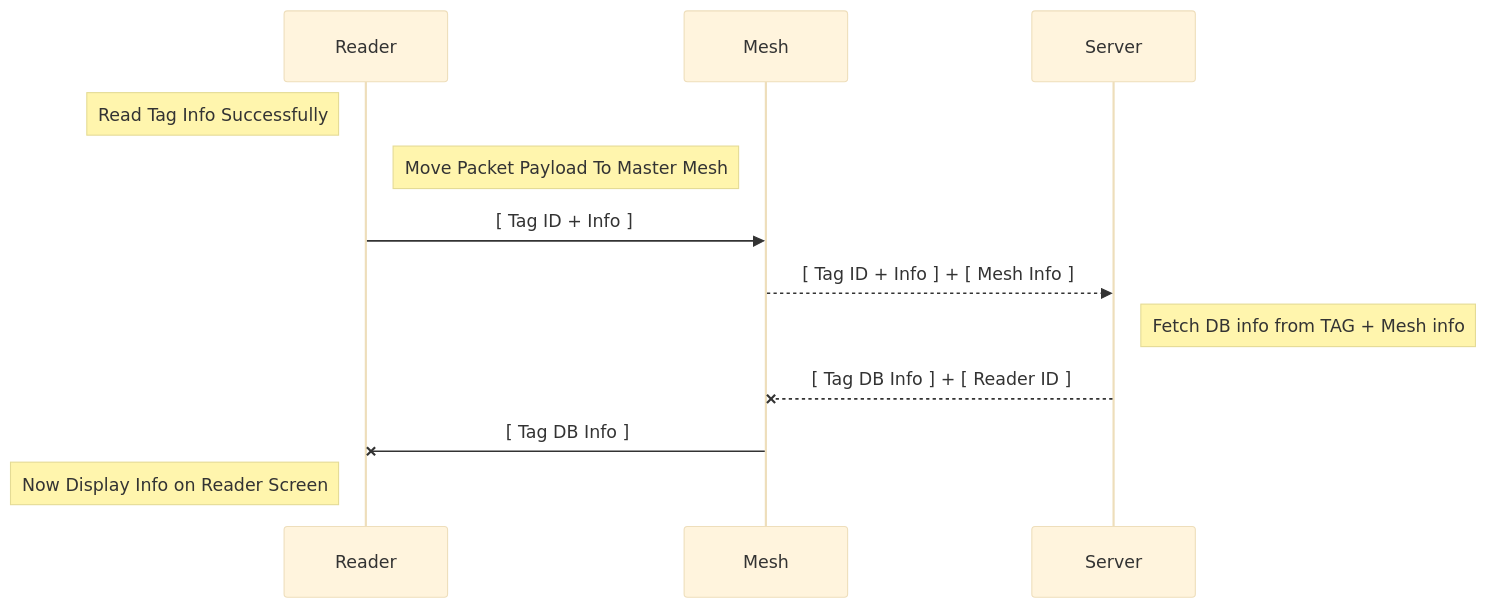
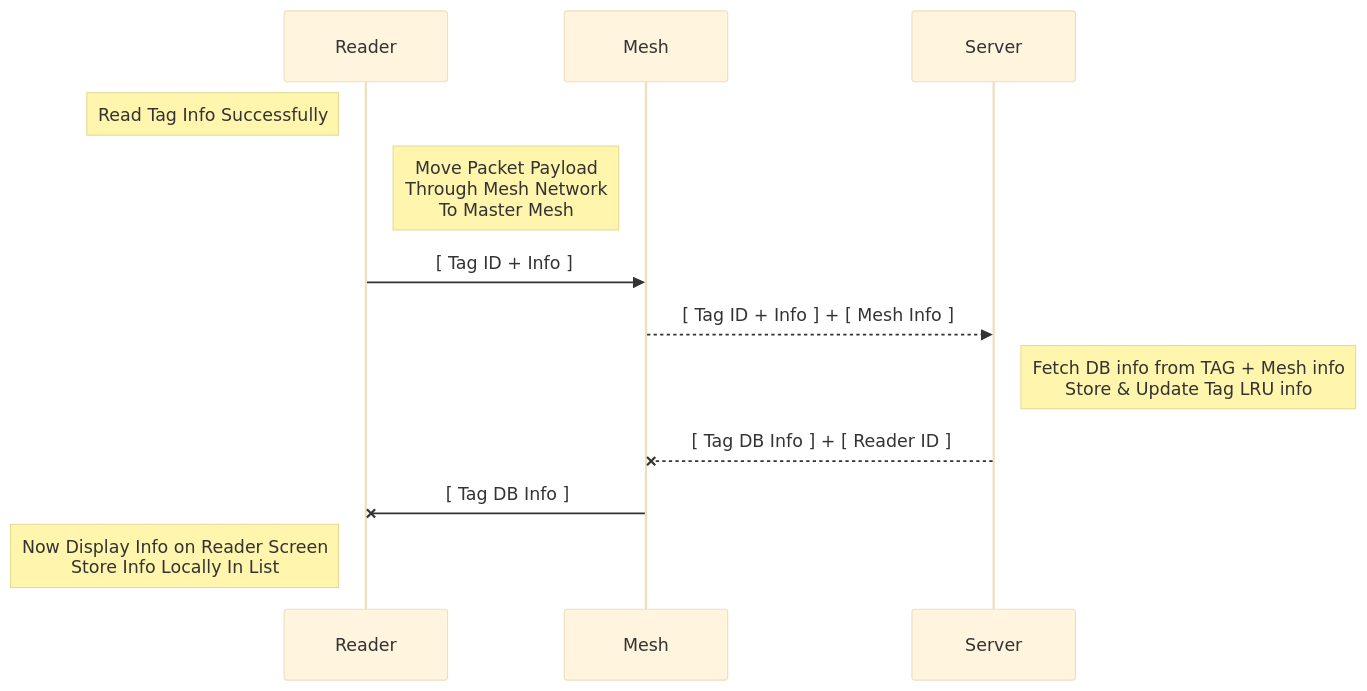
Before and after one commit to Rackhamn/iot_arch_project1: the second of 4 diagrams in README.md, drawn with Mermaid (base theme). The commit also changed other lines of this file, not shown here.

````diff
--- a/README.md
+++ b/README.md
@@ -108,11 +115,11 @@
 ```mermaid
 sequenceDiagram
     Note left of Reader: Read Tag Info Successfully
-    Note left of Mesh: Move Packet Payload To Master Mesh
+    Note left of Mesh: Move Packet Payload<br/>Through Mesh Network<br/>To Master Mesh
     Reader ->> Mesh: [ Tag ID + Info ]
     Mesh -->> Server: [ Tag ID + Info ] + [ Mesh Info ]
-    Note right of Server: Fetch DB info from TAG + Mesh info
+    Note right of Server: Fetch DB info from TAG + Mesh info<br/>Store & Update Tag LRU info
     Server --x Mesh: [ Tag DB Info ] + [ Reader ID ]
     Mesh -x Reader: [ Tag DB Info ]
-    Note left of Reader: Now Display Info on Reader Screen
+    Note left of Reader: Now Display Info on Reader Screen<br/>Store Info Locally In List
 ```
````
